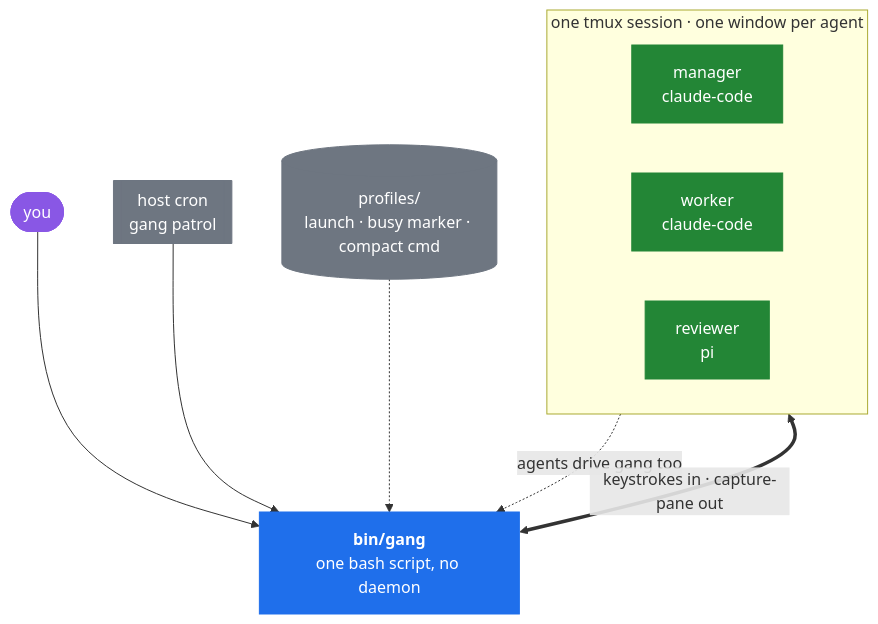
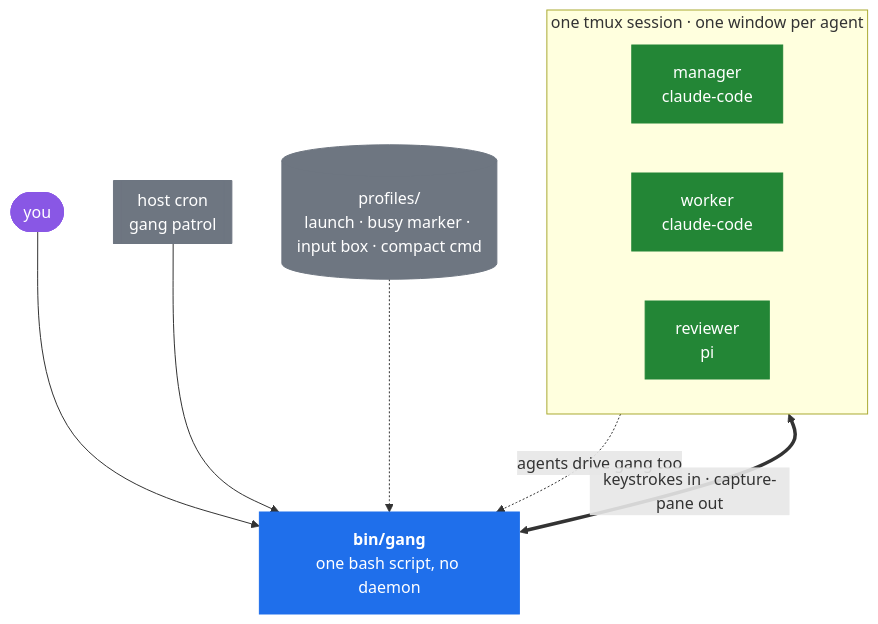
The first of 3 diagrams in README.md (adambiggs/gangline), drawn with Mermaid before and after one commit. The commit also changed other lines of this file and 5 other files, not shown here.

````diff
--- a/README.md
+++ b/README.md
@@ -11,22 +11,22 @@
 ```mermaid
 flowchart TB
     op([you]):::human --> gang
     cron[["host cron<br>gang patrol"]]:::edge --> gang
-    prof[("profiles/<br>launch · busy marker · compact cmd")]:::edge -.-> gang
+    prof[("profiles/<br>launch · busy marker · input box · compact cmd")]:::edge -.-> gang
     gang["<b>bin/gang</b><br>one bash script, no daemon"]:::core
     gang <==>|"keystrokes in · capture-pane out"| tmux
 
     subgraph tmux["one tmux session · one window per agent"]
         direction LR
         m["manager<br>claude-code"]:::agent
         a["worker<br>claude-code"]:::agent
         s["reviewer<br>pi"]:::agent
     end
 
     a -.->|"agents drive gang too"| gang
 
     classDef core fill:#1f6feb,stroke:#1f6feb,color:#fff
     classDef agent fill:#238636,stroke:#238636,color:#fff
     classDef human fill:#8957e5,stroke:#8957e5,color:#fff
     classDef edge fill:#6e7681,stroke:#6e7681,color:#fff
 ```
````
